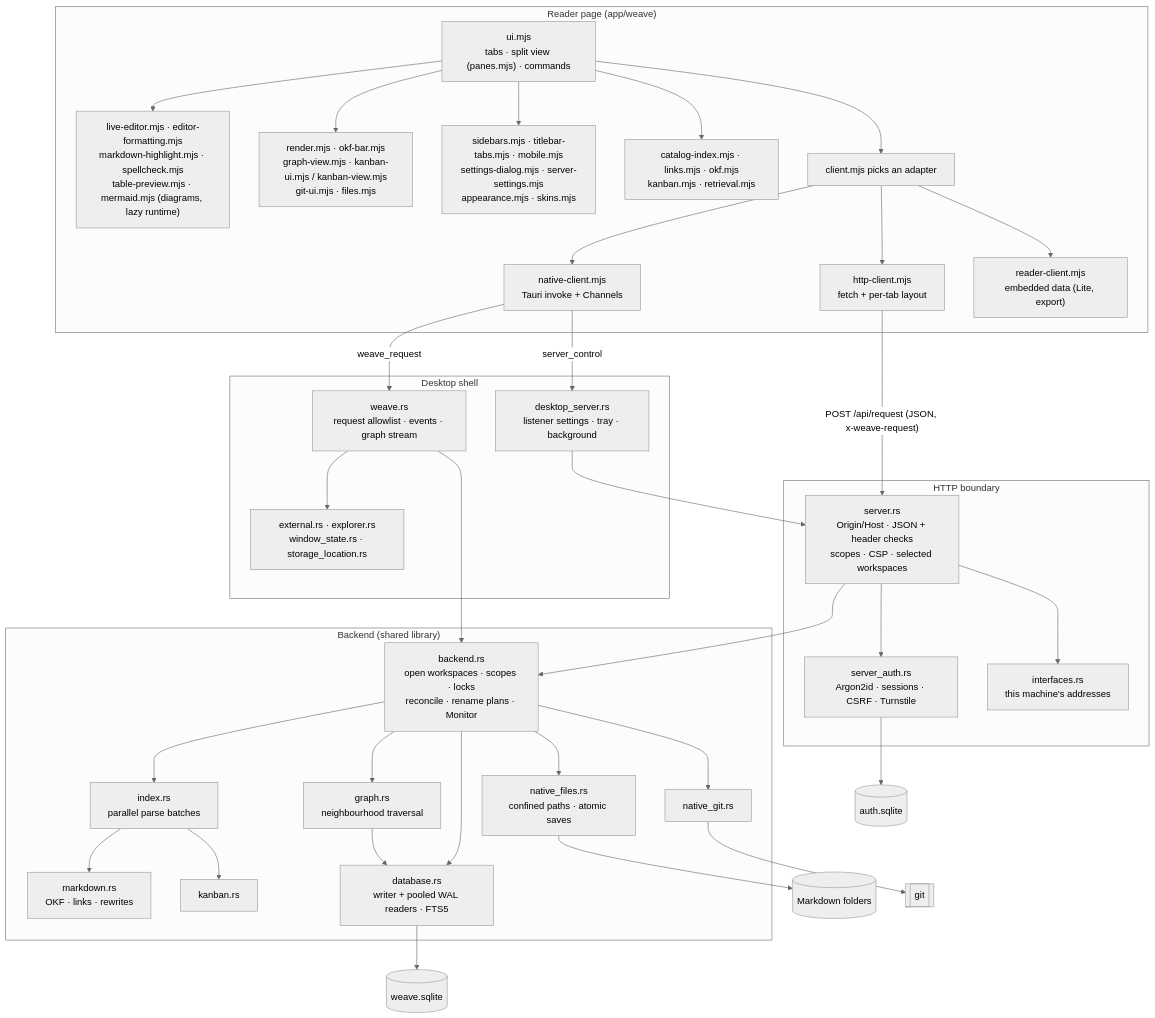
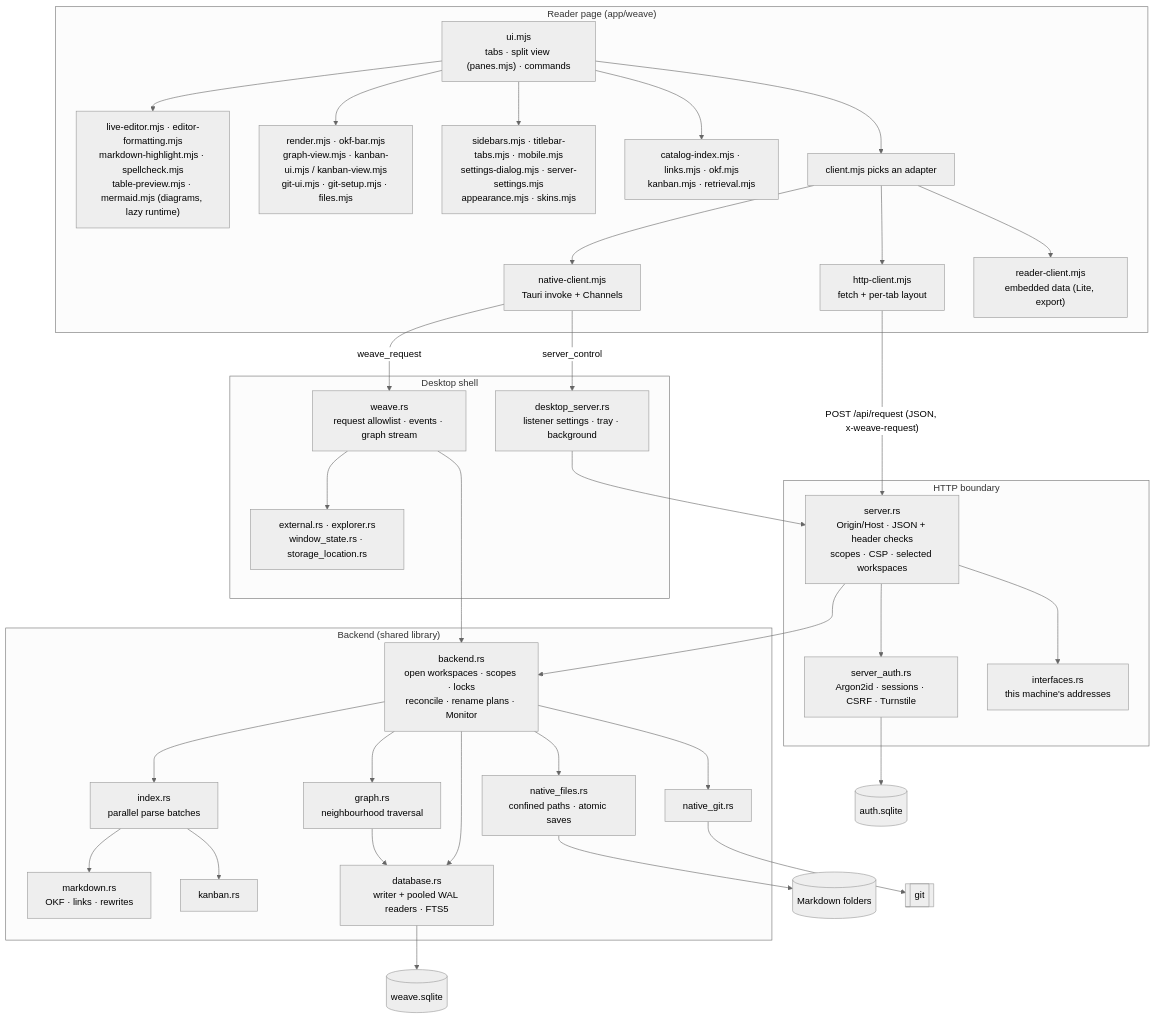
The second of 2 diagrams in docs/WEAVE_ARCHITECTURE.md (TravisHunting/Weave.md), drawn with Mermaid (neutral theme) before and after one commit. The commit also changed other lines of this file and 28 other files, not shown here.

````diff
--- a/docs/WEAVE_ARCHITECTURE.md
+++ b/docs/WEAVE_ARCHITECTURE.md
@@ -69,61 +69,61 @@
 ```mermaid
 flowchart TB
   subgraph Reader["Reader page (app/weave)"]
     ui["ui.mjs<br/>tabs · split view (panes.mjs) · commands"]
     editor["live-editor.mjs · editor-formatting.mjs<br/>markdown-highlight.mjs · spellcheck.mjs<br/>table-preview.mjs · mermaid.mjs (diagrams, lazy runtime)"]
-    views["render.mjs · okf-bar.mjs<br/>graph-view.mjs · kanban-ui.mjs / kanban-view.mjs<br/>git-ui.mjs · files.mjs"]
+    views["render.mjs · okf-bar.mjs<br/>graph-view.mjs · kanban-ui.mjs / kanban-view.mjs<br/>git-ui.mjs · git-setup.mjs · files.mjs"]
     chrome["sidebars.mjs · titlebar-tabs.mjs · mobile.mjs<br/>settings-dialog.mjs · server-settings.mjs<br/>appearance.mjs · skins.mjs"]
     model["catalog-index.mjs · links.mjs · okf.mjs<br/>kanban.mjs · retrieval.mjs"]
     client["client.mjs picks an adapter"]
     native["native-client.mjs<br/>Tauri invoke + Channels"]
     httpc["http-client.mjs<br/>fetch + per-tab layout"]
     readerc["reader-client.mjs<br/>embedded data (Lite, export)"]
     ui --> editor & views & chrome
     ui --> model
     ui --> client
     client --> native & httpc & readerc
   end
 
   subgraph Shell["Desktop shell"]
     weave["weave.rs<br/>request allowlist · events · graph stream"]
     dserver["desktop_server.rs<br/>listener settings · tray · background"]
     natives["external.rs · explorer.rs<br/>window_state.rs · storage_location.rs"]
   end
 
   subgraph Http["HTTP boundary"]
     server["server.rs<br/>Origin/Host · JSON + header checks<br/>scopes · CSP · selected workspaces"]
     sauth["server_auth.rs<br/>Argon2id · sessions · CSRF · Turnstile"]
     ifaces["interfaces.rs<br/>this machine's addresses"]
   end
 
   subgraph Lib["Backend (shared library)"]
     backend["backend.rs<br/>open workspaces · scopes · locks<br/>reconcile · rename plans · Monitor"]
     index["index.rs<br/>parallel parse batches"]
     markdown["markdown.rs<br/>OKF · links · rewrites"]
     kanban["kanban.rs"]
     graphrs["graph.rs<br/>neighbourhood traversal"]
     database["database.rs<br/>writer + pooled WAL readers · FTS5"]
     files["native_files.rs<br/>confined paths · atomic saves"]
     gitm["native_git.rs"]
     backend --> index --> markdown
     index --> kanban
     backend --> graphrs --> database
     backend --> database
     backend --> files
     backend --> gitm
   end
 
   native -- "weave_request" --> weave
   native -- "server_control" --> dserver
   httpc -- "POST /api/request (JSON, x-weave-request)" --> server
   weave --> backend
   weave --> natives
   dserver --> server
   server --> sauth
   server --> ifaces
   server --> backend
   files --> mdfiles[("Markdown folders")]
   database --> sqlite[("weave.sqlite")]
   sauth --> authdb[("auth.sqlite")]
   gitm --> gitcli[["git"]]
 ```
````
